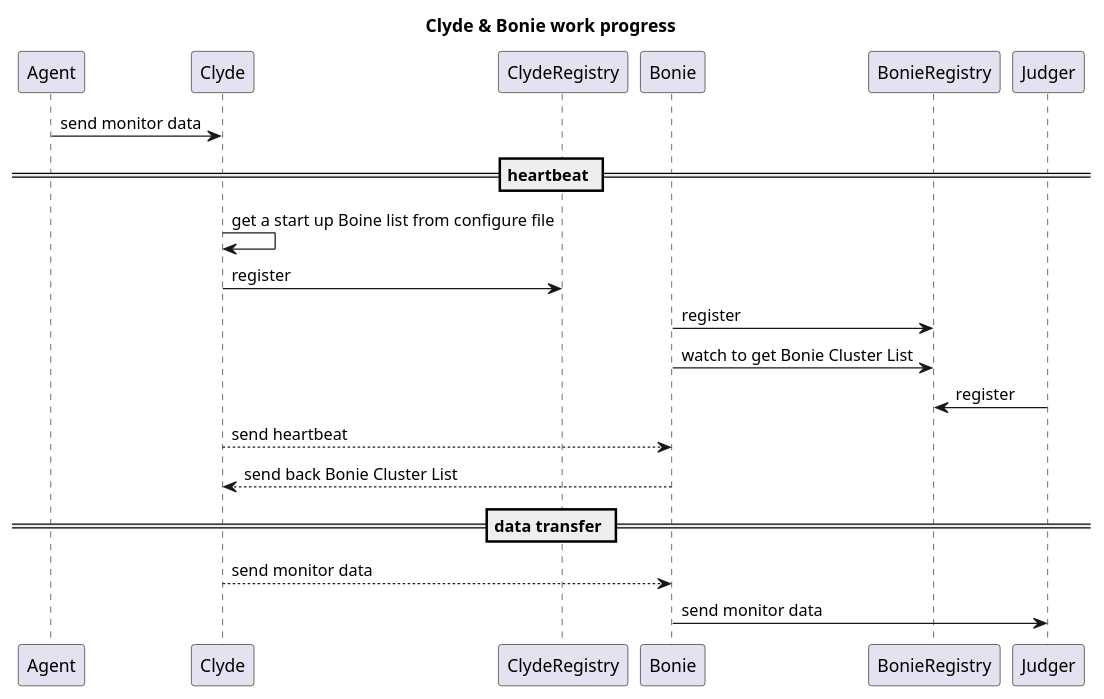
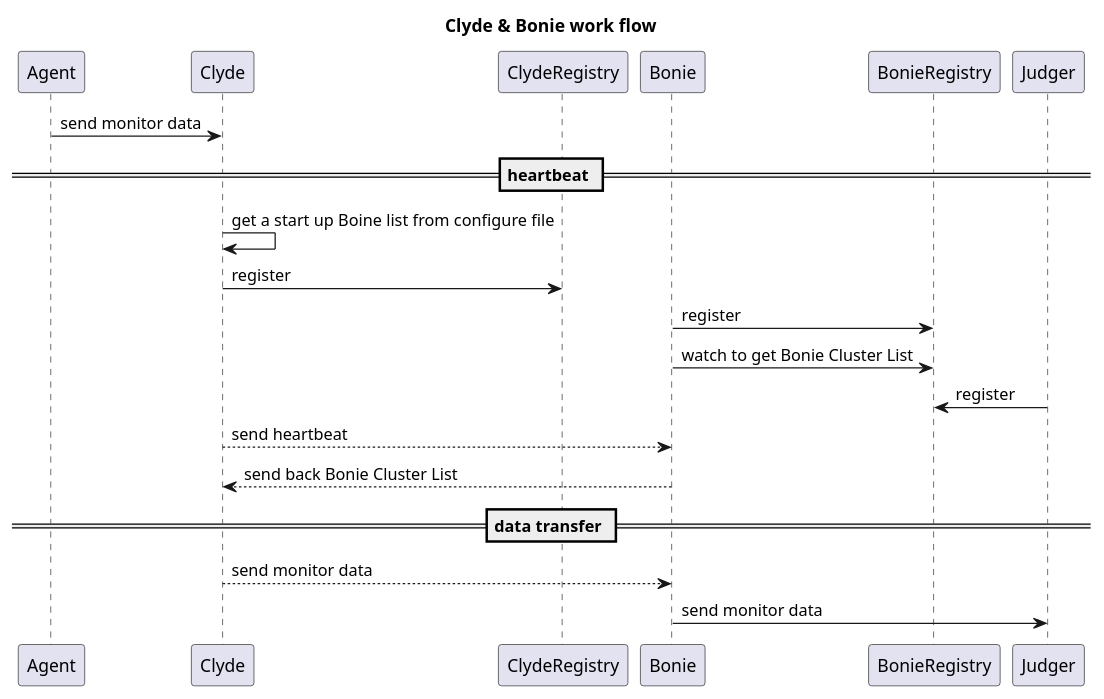
Before and after one commit to AlexStocks/alexstocks.github.io: the diagram in pic/monitor/clyde_bonie.puml, drawn with PlantUML. The commit also changed 5 other files, not shown here.

Commit message:
Mod: progress -> flow

```diff
--- a/pic/monitor/clyde_bonie.puml
+++ b/pic/monitor/clyde_bonie.puml
@@ -1,23 +1,23 @@
 @startuml
-title Clyde & Bonie work progress
+title Clyde & Bonie work flow
 
 Agent -> Clyde: send monitor data
 
 == heartbeat ==
 
 Clyde -> Clyde: get a start up Boine list from configure file
 Clyde -> ClydeRegistry: register
 
 Bonie -> BonieRegistry: register
 Bonie -> BonieRegistry: watch to get Bonie Cluster List
 Judger -> BonieRegistry: register
 
 Clyde --> Bonie: send heartbeat
 Bonie --> Clyde: send back Bonie Cluster List
 
 == data transfer ==
 
 Clyde --> Bonie: send monitor data
 Bonie -> Judger: send monitor data
 
 @enduml
```
